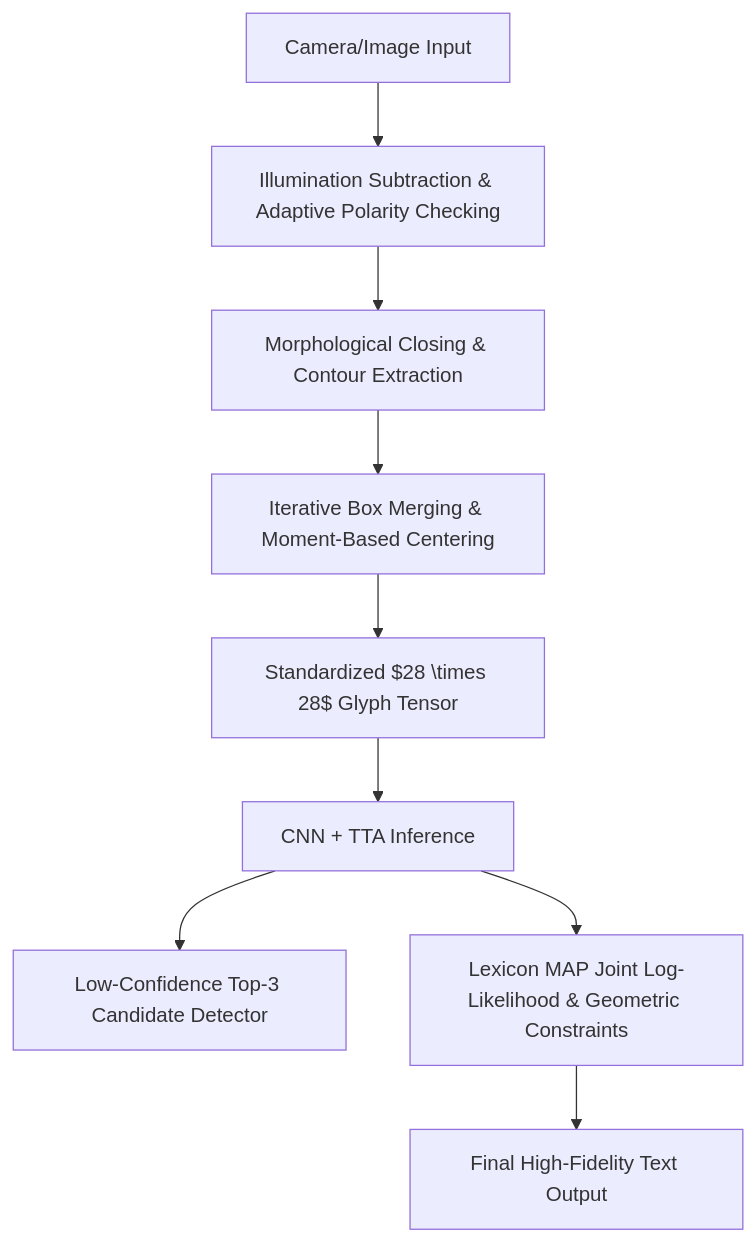
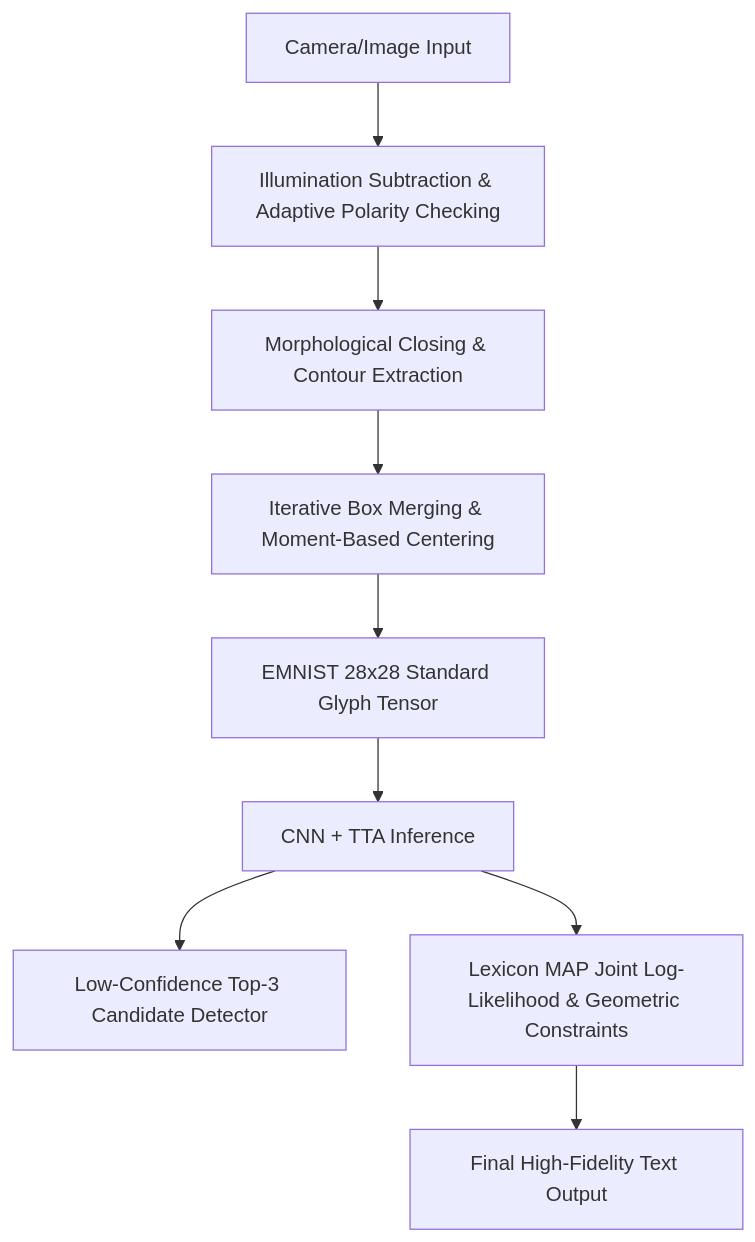
One commit to DongFengPo1412/Multi-class-Handwritten-Character-Recognition-System-Based-on-CNN changed the diagram in README_EN.md. Above: the diagram before and after it, drawn with Mermaid. The commit also changed other lines of this file and 2 other files, not shown here.

Commit message:
docs: adjust math notation to standard LaTeX, tune tone to objective academic standard, and document Baidu OCR baseline integration

````diff
--- a/README_EN.md
+++ b/README_EN.md
@@ -25,11 +26,11 @@
 ```mermaid
 graph TD
     A[Camera/Image Input] --> B[Illumination Subtraction & Adaptive Polarity Checking]
     B --> C[Morphological Closing & Contour Extraction]
     C --> D[Iterative Box Merging & Moment-Based Centering]
-    D --> E[Standardized $28 \times 28$ Glyph Tensor]
+    D --> E[EMNIST 28x28 Standard Glyph Tensor]
     E --> F[CNN + TTA Inference]
     F --> G[Low-Confidence Top-3 Candidate Detector]
     F --> H[Lexicon MAP Joint Log-Likelihood & Geometric Constraints]
     H --> I[Final High-Fidelity Text Output]
 ```
````
